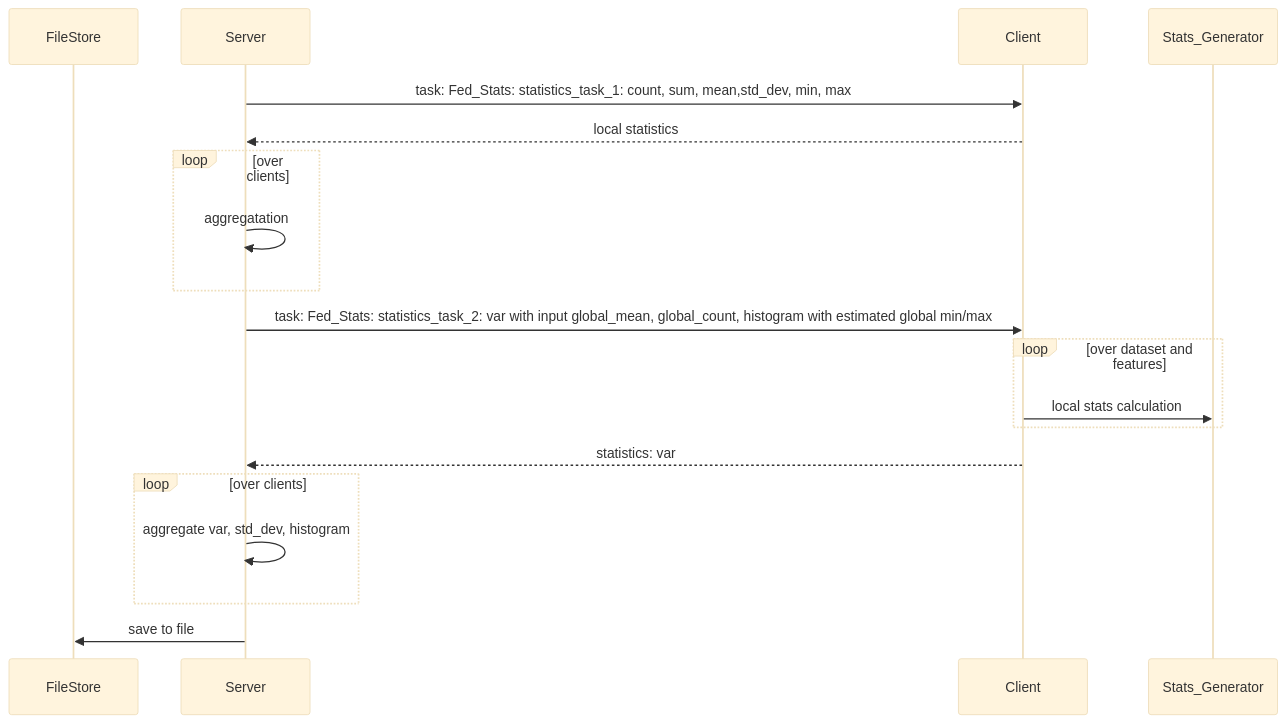
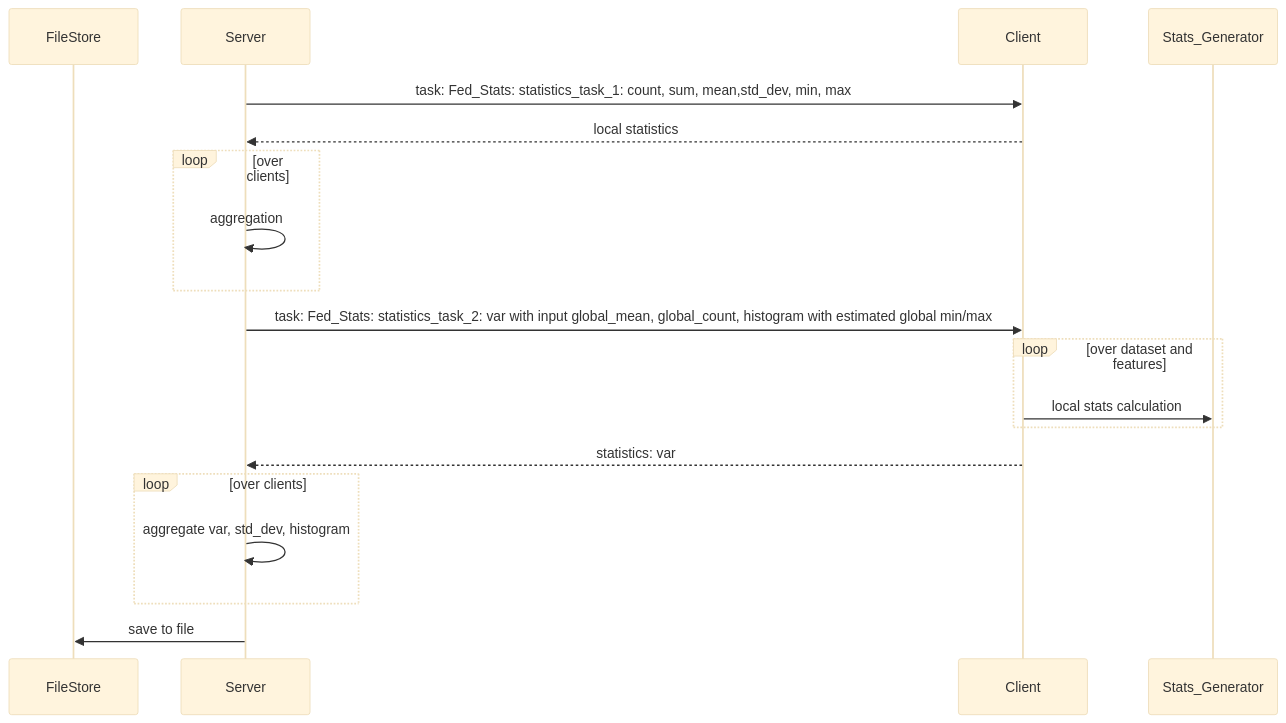
Before and after one commit to NVIDIA/NVFlare: the diagram in nvflare/app_common/executors/statistics/README.md, drawn with Mermaid (base theme). The commit also changed 34 other files, not shown here.

````diff
--- a/nvflare/app_common/executors/statistics/README.md
+++ b/nvflare/app_common/executors/statistics/README.md
@@ -3,22 +3,22 @@
 ```mermaid
  
 sequenceDiagram
     participant FileStore
     participant Server
     participant Client
     participant Stats_Generator
     Server->>Client: task: Fed_Stats: statistics_task_1: count, sum, mean,std_dev, min, max 
     Client-->>Server: local statistics
     loop over clients
-        Server->>Server: aggregatation
+        Server->>Server: aggregation
     end
     Server->>Client:  task: Fed_Stats: statistics_task_2: var with input global_mean, global_count, histogram with estimated global min/max
     loop over dataset and features
        Client->>Stats_Generator: local stats calculation
     end
     Client-->>Server: statistics: var
     loop over clients
         Server->>Server: aggregate var, std_dev, histogram
     end
     Server->>FileStore: save to file
 ```
````
